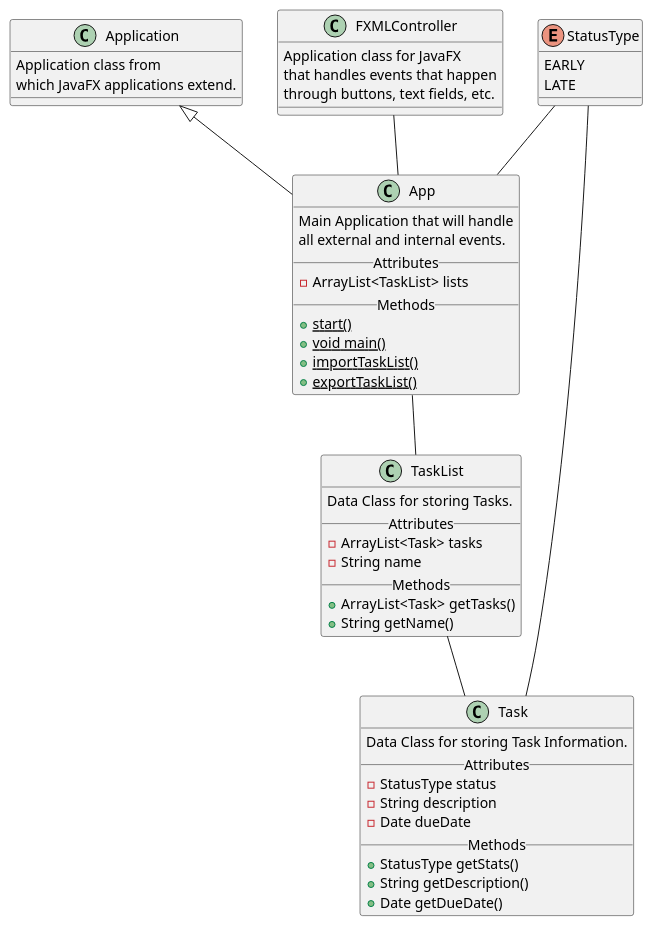
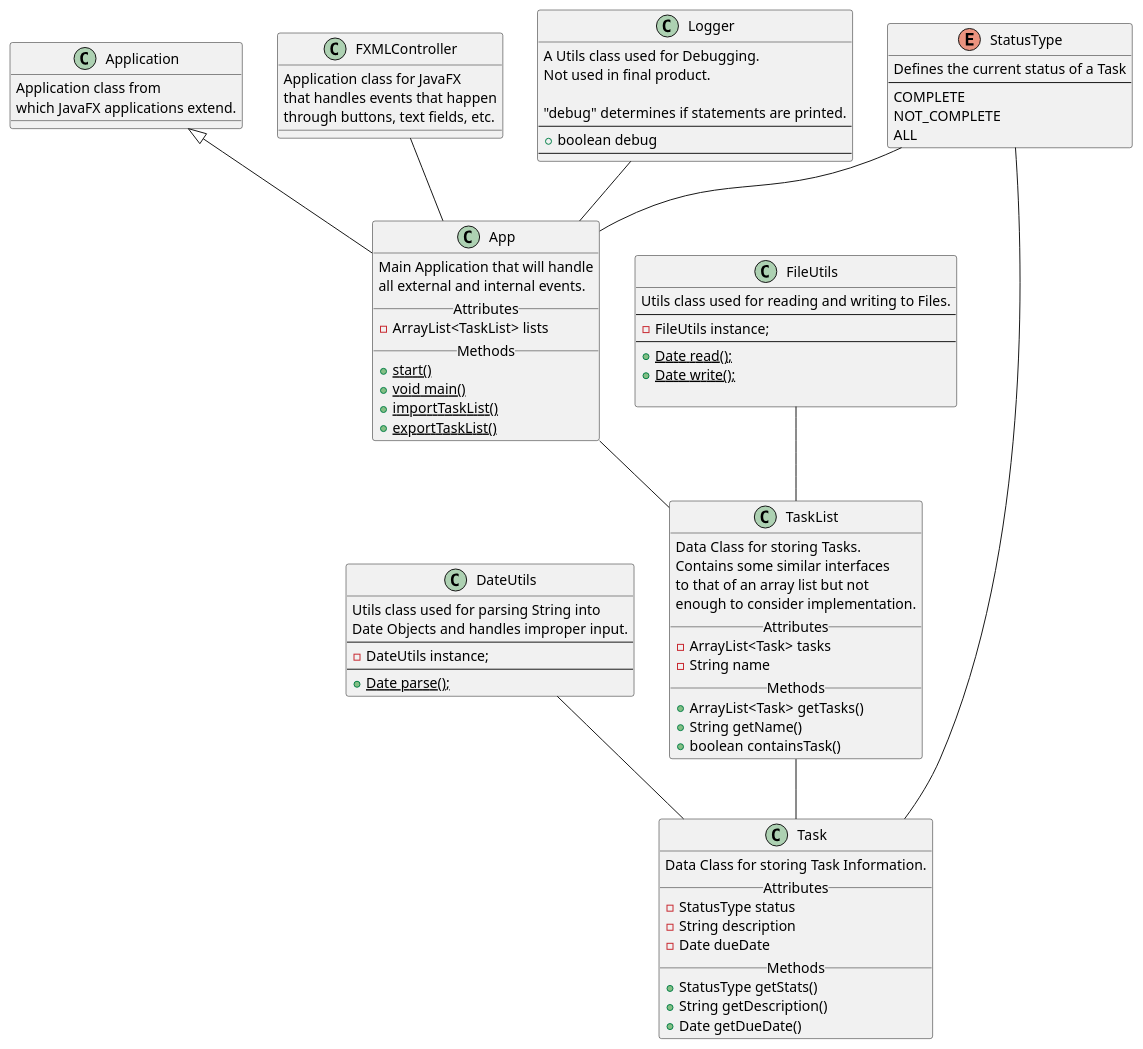
The diagram in uml/diagram.puml (TSnowdon/snowdon-cop3330-assignment4part2), drawn with PlantUML before and after one commit. The commit also changed 2 other files, not shown here.

```diff
--- a/uml/diagram.puml
+++ b/uml/diagram.puml
@@ -1,66 +1,108 @@
 @startuml
 
 class App
 class Application
 class Task
 class TaskList
 class FXMLController
+class FileUtils
+class DateUtils
+class Logger
 enum StatusType
 
 App -- TaskList
+Logger -- App
 TaskList -- Task
 StatusType -- Task
 StatusType -- App
 FXMLController -- App
+DateUtils -- Task
+FileUtils -- TaskList
 
 class App extends Application {
 Main Application that will handle
 all external and internal events.
 __ Attributes __
 - ArrayList<TaskList> lists
 __ Methods __
 + {static} start()
 + {static} void main()
 + {static} importTaskList()
 + {static} exportTaskList()
 }
 
 class Task {
 Data Class for storing Task Information.
 __ Attributes __
 - StatusType status
 - String description
 - Date dueDate
 __ Methods __
 + StatusType getStats()
 + String getDescription()
 + Date getDueDate()
 }
 
 class TaskList {
 Data Class for storing Tasks.
+Contains some similar interfaces
+to that of an array list but not
+enough to consider implementation.
 __ Attributes __
 - ArrayList<Task> tasks
 - String name
 __ Methods __
 + ArrayList<Task> getTasks()
 + String getName()
++ boolean containsTask()
 }
 
 class Application {
 Application class from
 which JavaFX applications extend.
 }
 
 class FXMLController {
 Application class for JavaFX
 that handles events that happen
 through buttons, text fields, etc.
 }
 
 enum StatusType {
-    EARLY
-    LATE
+    Defines the current status of a Task
+    --
+    COMPLETE
+    NOT_COMPLETE
+    ALL
+}
+
+class Logger {
+    A Utils class used for Debugging.
+    Not used in final product.
+
+    "debug" determines if statements are printed.
+    --
+    + boolean debug
+    --
+}
+
+class DateUtils {
+Utils class used for parsing String into
+Date Objects and handles improper input.
+--
+- DateUtils instance;
+--
++ {static} Date parse();
+}
+
+class FileUtils {
+Utils class used for reading and writing to Files.
+--
+- FileUtils instance;
+--
++ {static} Date read();
++ {static} Date write();
+
 }
 
 @enduml
```
